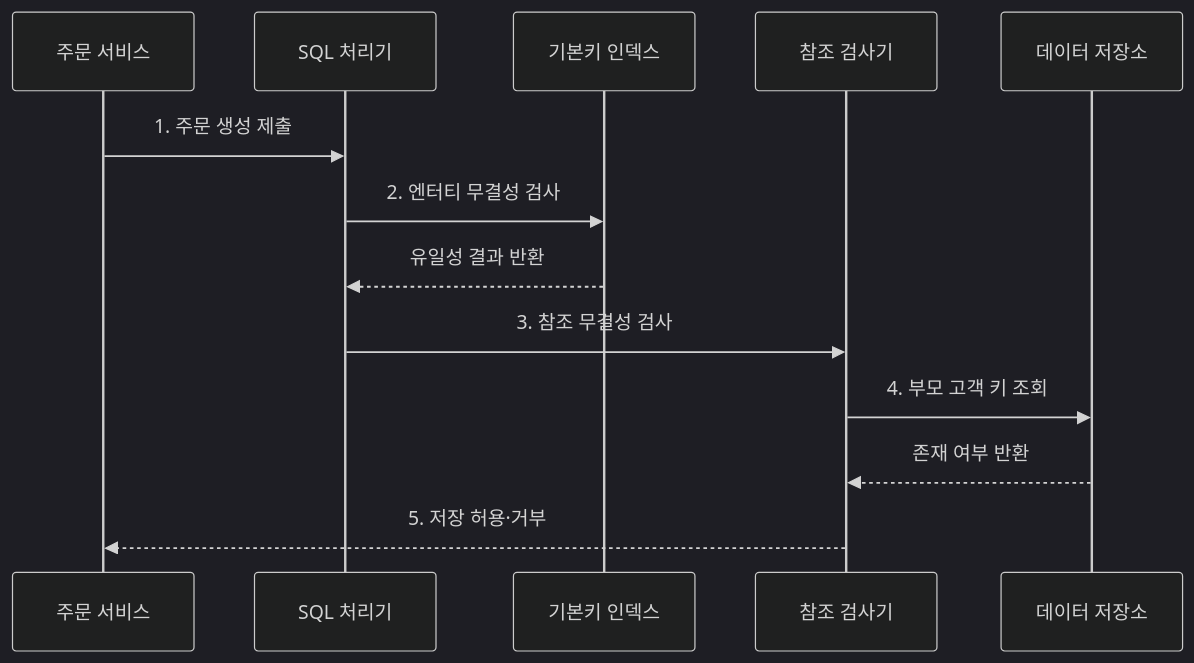
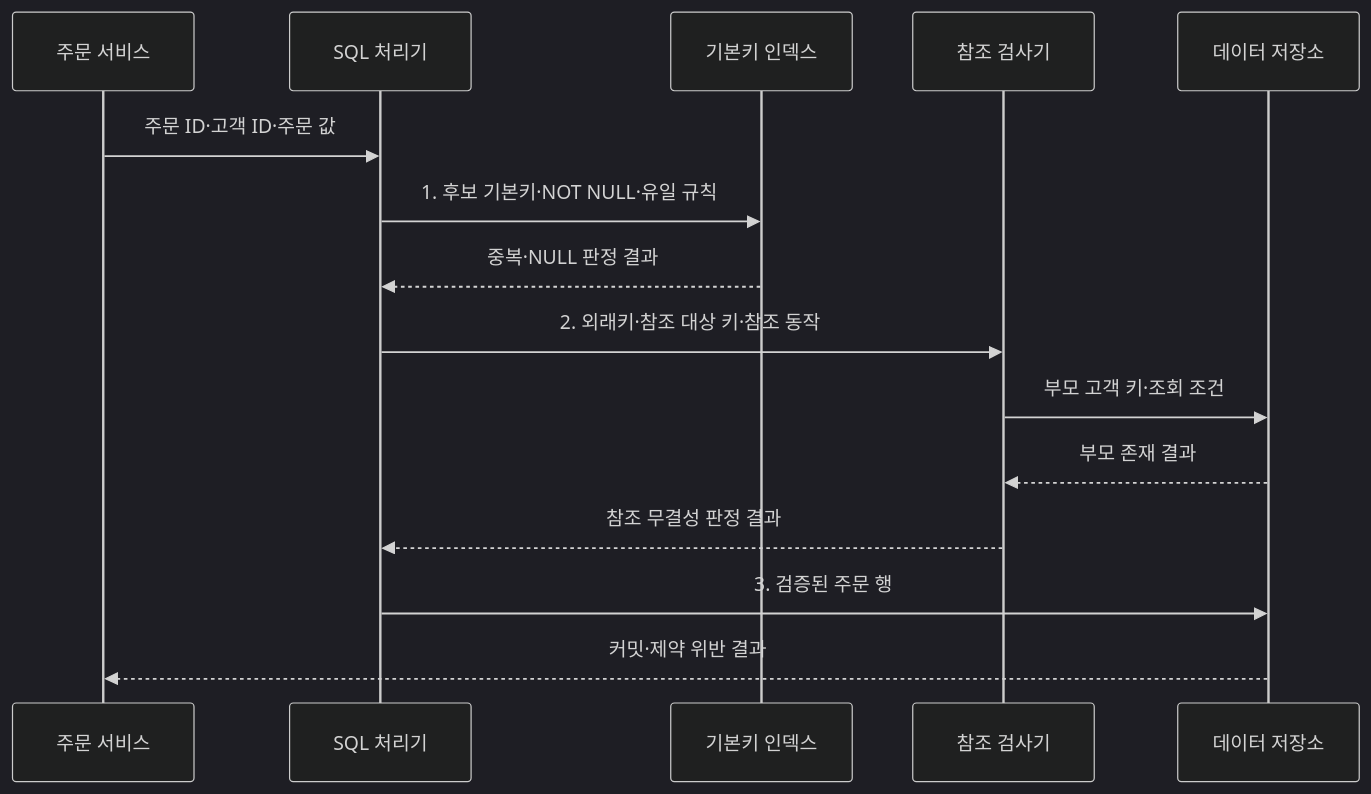
One commit to agnusdei1207/knowledge-base changed the second of 2 diagrams in src/content/docs/notes/03-software/092_entity_referential_integrity.md. Above: the diagram before and after it, drawn with Mermaid (dark theme). The commit also changed other lines of this file and 20 other files, not shown here.

````diff
--- a/src/content/docs/notes/03-software/092_entity_referential_integrity.md
+++ b/src/content/docs/notes/03-software/092_entity_referential_integrity.md
@@ -77,15 +86,17 @@
 ```mermaid
 sequenceDiagram
     participant APP as 주문 서비스
     participant SQL as SQL 처리기
     participant PK as 기본키 인덱스
     participant FK as 참조 검사기
     participant DB as 데이터 저장소
-    APP->>SQL: 1. 주문 생성 제출
-    SQL->>PK: 2. 엔터티 무결성 검사
-    PK-->>SQL: 유일성 결과 반환
-    SQL->>FK: 3. 참조 무결성 검사
-    FK->>DB: 4. 부모 고객 키 조회
-    DB-->>FK: 존재 여부 반환
-    FK-->>APP: 5. 저장 허용·거부
+    APP->>SQL: 주문 ID·고객 ID·주문 값
+    SQL->>PK: 1. 후보 기본키·NOT NULL·유일 규칙
+    PK-->>SQL: 중복·NULL 판정 결과
+    SQL->>FK: 2. 외래키·참조 대상 키·참조 동작
+    FK->>DB: 부모 고객 키·조회 조건
+    DB-->>FK: 부모 존재 결과
+    FK-->>SQL: 참조 무결성 판정 결과
+    SQL->>DB: 3. 검증된 주문 행
+    DB-->>APP: 커밋·제약 위반 결과
 ```
````
